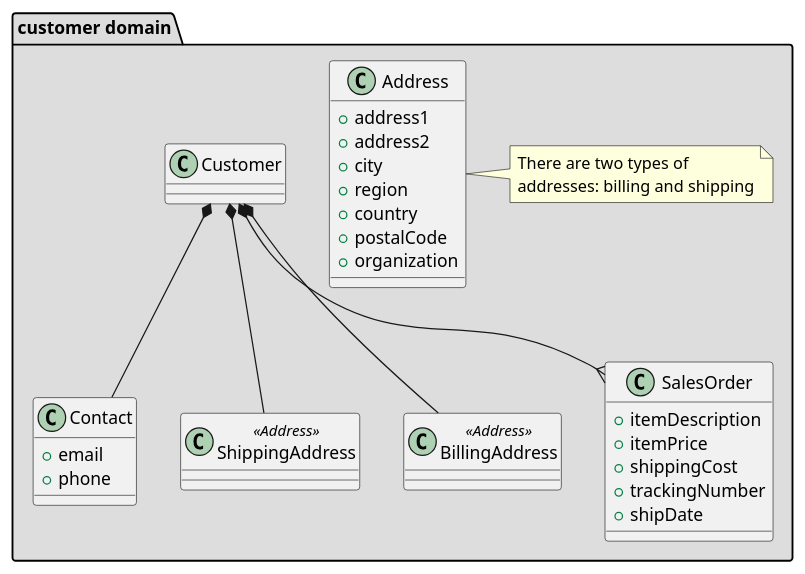
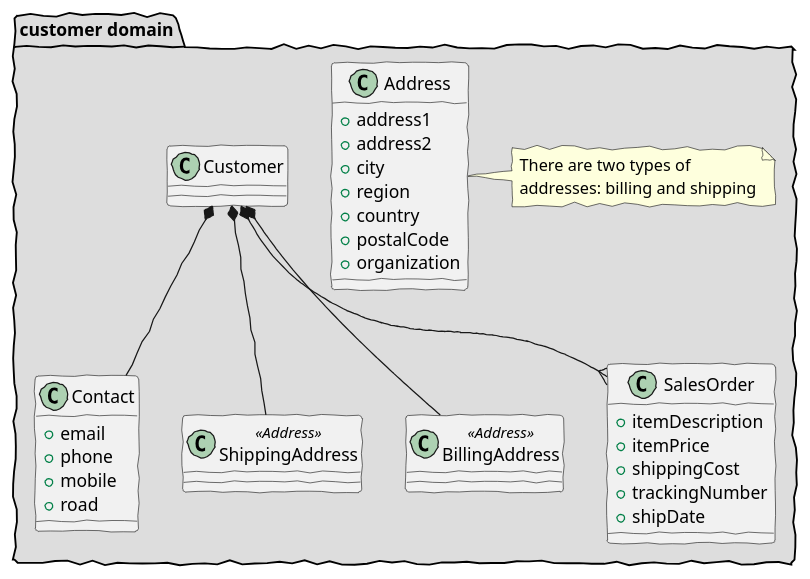
Diagram 14 of 16 in pandoc_markdown_book_template/CTD/ctd.md (navbharti/spatialDataManupulation), drawn with PlantUML before and after one commit. The commit also changed other lines of this file and 3 other files, not shown here.

````diff
--- a/pandoc_markdown_book_template/CTD/ctd.md
+++ b/pandoc_markdown_book_template/CTD/ctd.md
@@ -186,43 +192,46 @@
 ```plantuml
 @startuml
+skinparam handwritten true
 package "customer domain" #DDDDDD {
     class Contact {
         + email
         + phone
+        + mobile
+        + road
     }
 
     class Address {
         + address1
         + address2
         + city
         + region
         + country
         + postalCode
         + organization
     }
 
     note right of Address 
         There are two types of 
         addresses: billing and shipping
     end note
 
     class Customer {
     }
 
     Customer *-- Contact
     Customer *-- ShippingAddress
     Customer *-- BillingAddress
     Customer *--{ SalesOrder
 
     class ShippingAddress <<Address>>
     class BillingAddress <<Address>>
     class SalesOrder {
         + itemDescription
         + itemPrice
         + shippingCost
         + trackingNumber
         + shipDate
     }
 }
 @enduml
 ```
````
